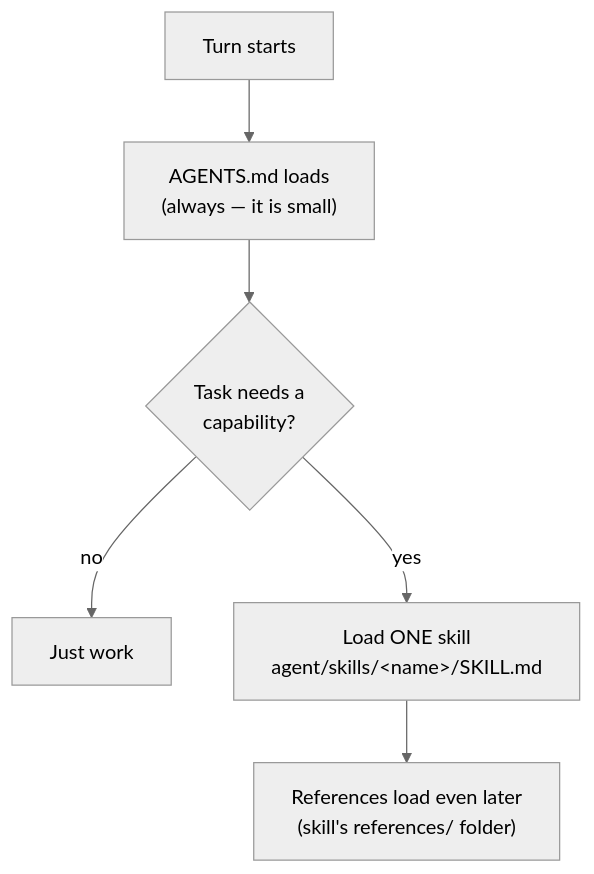
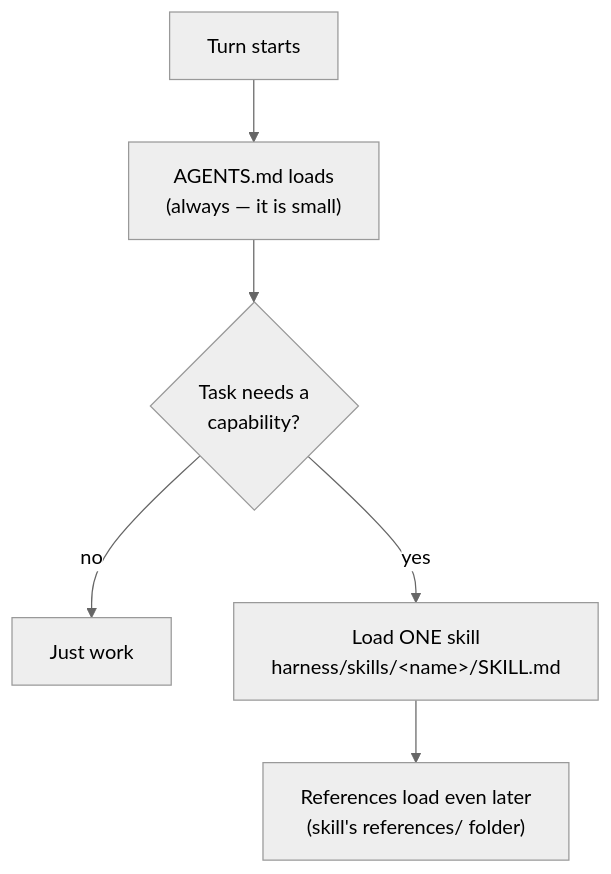
One commit to nuhin13/Workflow changed the fourth of 7 diagrams in README.md. Above: the diagram before and after it, drawn with Mermaid (neutral theme). The commit also changed other lines of this file and 187 other files, not shown here.

First line of the commit message:
feat(v2-4): rename agent/ -> harness/ (visible), atomic (§7 · ADR-0001 D-2)

````diff
--- a/README.md
+++ b/README.md
@@ -135,8 +135,8 @@
 ```mermaid
 flowchart TB
     T["Turn starts"] --> A["AGENTS.md loads<br>(always — it is small)"]
     A --> N{"Task needs a<br>capability?"}
     N -->|no| W[Just work]
-    N -->|yes| S["Load ONE skill<br>agent/skills/&lt;name&gt;/SKILL.md"]
+    N -->|yes| S["Load ONE skill<br>harness/skills/&lt;name&gt;/SKILL.md"]
     S --> R["References load even later<br>(skill's references/ folder)"]
 ```
````
